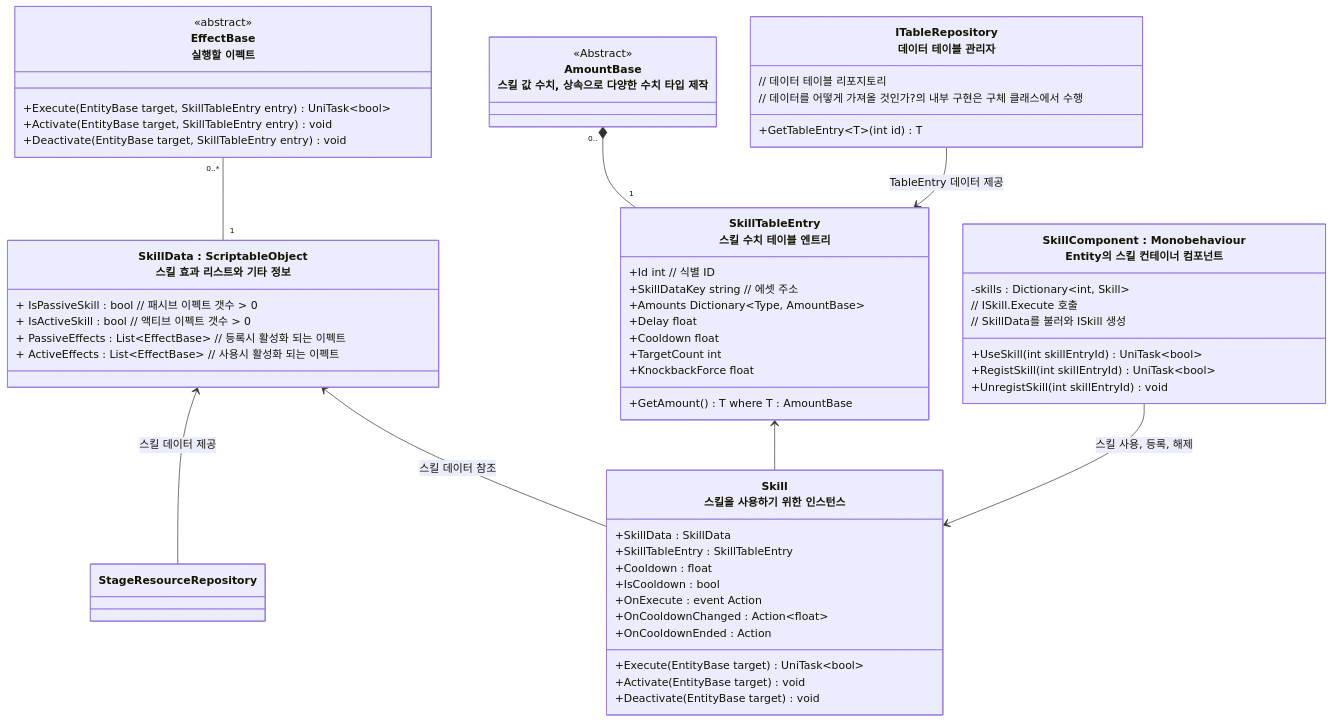
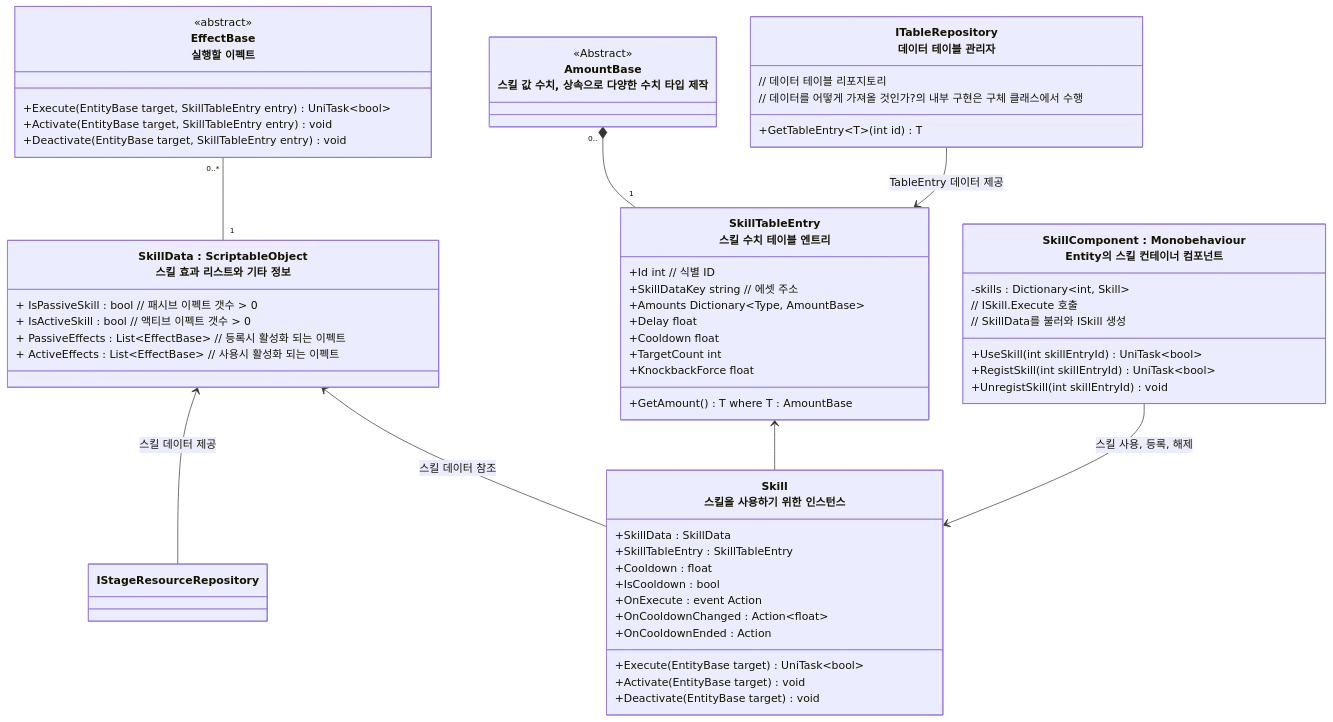
Before and after one commit to JIN5EOK/DungeonShooter: the first of 4 diagrams in README/스킬시스템_설계.md, drawn with Mermaid. The commit also changed 22 other files, not shown here.

````diff
--- a/README/스킬시스템_설계.md
+++ b/README/스킬시스템_설계.md
@@ -7,66 +7,66 @@
 ```mermaid
 classDiagram
     class EffectBase["EffectBase<br>실행할 이펙트"]{
         <<abstract>>
         +Execute(EntityBase target, SkillTableEntry entry) UniTask~bool~
         +Activate(EntityBase target, SkillTableEntry entry) void
         +Deactivate(EntityBase target, SkillTableEntry entry) void
     }
     
     class SkillData["SkillData : ScriptableObject<br>스킬 효과 리스트와 기타 정보"]{
 		+ IsPassiveSkill : bool // 패시브 이펙트 갯수 > 0
 		+ IsActiveSkill : bool // 액티브 이펙트 갯수 > 0
         + PassiveEffects : List~EffectBase~ // 등록시 활성화 되는 이펙트
         + ActiveEffects : List~EffectBase~ // 사용시 활성화 되는 이펙트
     }
 
     class Skill["Skill<br>스킬을 사용하기 위한 인스턴스"]{
         +SkillData : SkillData
         +SkillTableEntry : SkillTableEntry
         +Cooldown : float
         +IsCooldown : bool
         +OnExecute : event Action
         +OnCooldownChanged : Action~float~
         +OnCooldownEnded : Action
         +Execute(EntityBase target) UniTask~bool~
         +Activate(EntityBase target) void
         +Deactivate(EntityBase target) void
     }
 
 	class SkillTableEntry["SkillTableEntry<br>스킬 수치 테이블 엔트리"]{
 		+Id int // 식별 ID
 		+SkillDataKey string // 에셋 주소
 		+Amounts Dictionary~Type, AmountBase~
 		+Delay float
 		+Cooldown float
 		+TargetCount int
 		+KnockbackForce float
 		+GetAmount<T>() T where T : AmountBase
 	}
 
 	class AmountBase["AmountBase<br>스킬 값 수치, 상속으로 다양한 수치 타입 제작"]{
 		<<Abstract>>
 	}
 	
     class SkillComponent["SkillComponent : Monobehaviour<br>Entity의 스킬 컨테이너 컴포넌트"]{
         -skills : Dictionary~int, Skill~
         +UseSkill(int skillEntryId) UniTask~bool~
         // ISkill.Execute 호출
         +RegistSkill(int skillEntryId) UniTask~bool~
         // SkillData를 불러와 ISkill 생성 
         +UnregistSkill(int skillEntryId) void
     }
     
 	class ITableRepository["ITableRepository<br>데이터 테이블 관리자"]{
 		// 데이터 테이블 리포지토리
 		// 데이터를 어떻게 가져올 것인가?의 내부 구현은 구체 클래스에서 수행
 		+GetTableEntry~T~(int id) T
 	}
 	AmountBase "0.."*--"1" SkillTableEntry
-	SkillData <-- StageResourceRepository : 스킬 데이터 제공
+	SkillData <-- IStageResourceRepository : 스킬 데이터 제공
     SkillTableEntry <-- Skill
     SkillData <-- Skill : 스킬 데이터 참조
     EffectBase "0..*"--"1" SkillData
     SkillComponent --> Skill  : 스킬 사용, 등록, 해제 
     ITableRepository --> SkillTableEntry : TableEntry 데이터 제공
 ```
````
